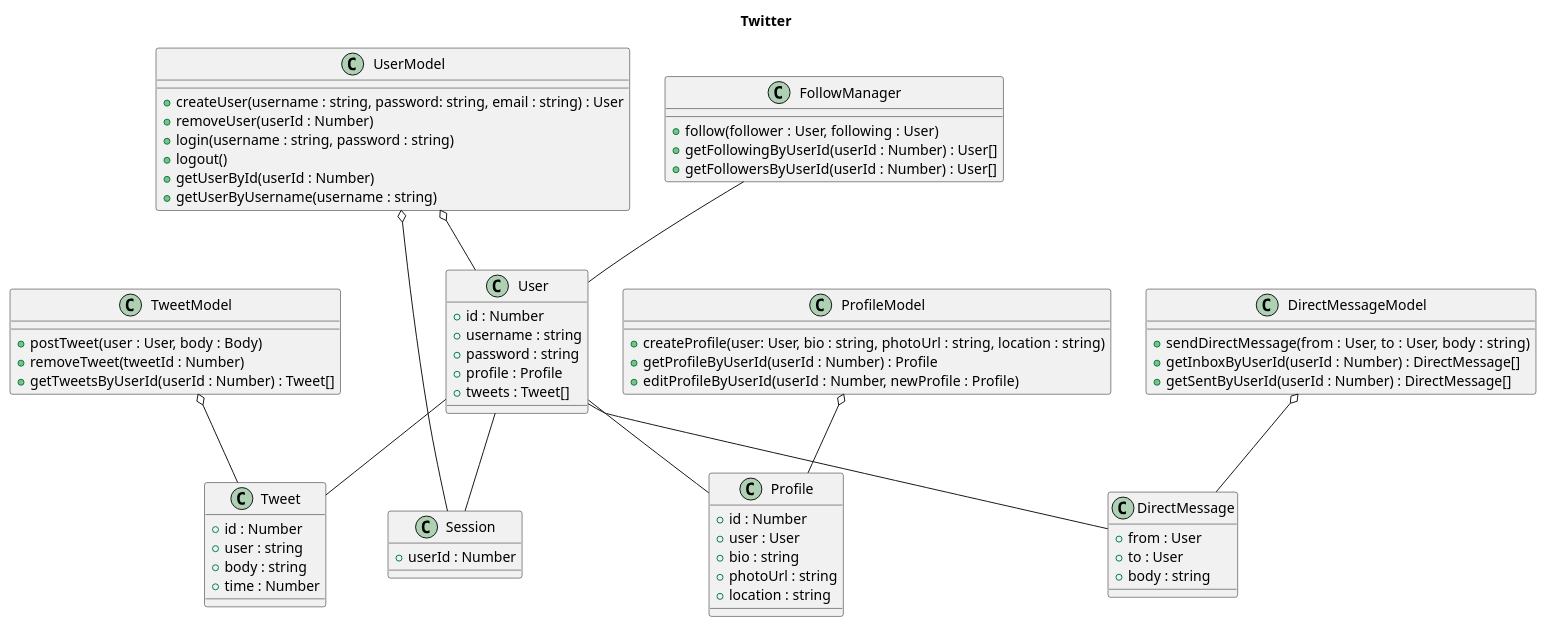
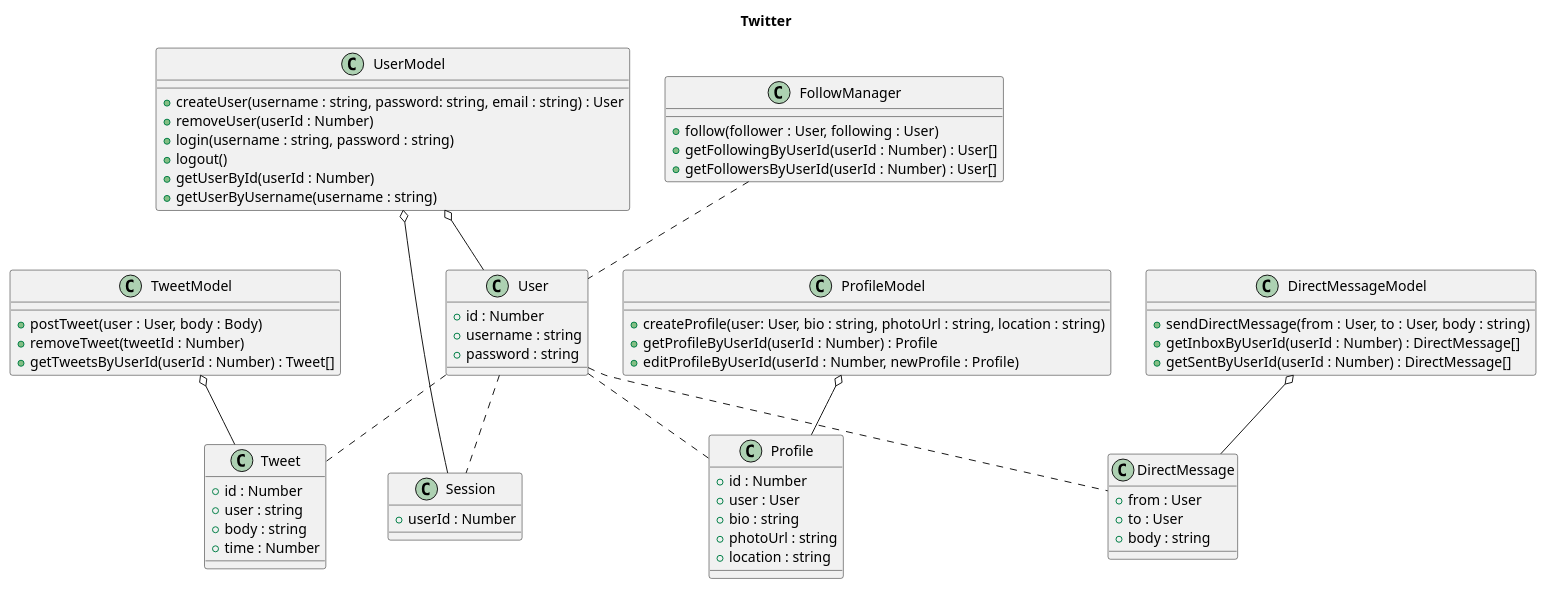
Before and after one commit to tart-summer-camp-2011/fe201: the diagram in model/classDiagram.plantuml, drawn with PlantUML. The commit also changed 1 other file, not shown here.

Commit message:
Updated class diagrams to feature a simpler architecture.

```diff
--- a/model/classDiagram.plantuml
+++ b/model/classDiagram.plantuml
@@ -1,80 +1,78 @@
 @startuml
 title Twitter
 
 class User {
 	+ id : Number
 	+ username : string
 	+ password : string
-	+ profile : Profile
-	+ tweets : Tweet[]
 }
 
 class Tweet {
 	+ id : Number
 	+ user : string
 	+ body : string
 	+ time : Number
 }
 
 class UserModel {
 	+ createUser(username : string, password: string, email : string) : User
 	+ removeUser(userId : Number)
 	+ login(username : string, password : string)
 	+ logout()
 	+ getUserById(userId : Number)
 	+ getUserByUsername(username : string)
 }
 
 class Session {
 	+ userId : Number
 }
 
 class FollowManager {
 	+ follow(follower : User, following : User)
 	+ getFollowingByUserId(userId : Number) : User[]
 	+ getFollowersByUserId(userId : Number) : User[]
 }
 
 class Profile {
 	+ id : Number
 	+ user : User
 	+ bio : string
 	+ photoUrl : string
 	+ location : string
 }
 
 class ProfileModel {
 	+ createProfile(user: User, bio : string, photoUrl : string, location : string)
 	+ getProfileByUserId(userId : Number) : Profile
 	+ editProfileByUserId(userId : Number, newProfile : Profile)
 }
 
 class TweetModel {
 	+ postTweet(user : User, body : Body)
 	+ removeTweet(tweetId : Number)
 	+ getTweetsByUserId(userId : Number) : Tweet[]
 }
 
 class DirectMessage {
 	+ from : User
 	+ to : User
 	+ body : string
 }
 
 class DirectMessageModel {
 	+ sendDirectMessage(from : User, to : User, body : string)
 	+ getInboxByUserId(userId : Number) : DirectMessage[]
 	+ getSentByUserId(userId : Number) : DirectMessage[]
 }
 
 UserModel o-- User
 UserModel o-- Session
 DirectMessageModel o-- DirectMessage
 ProfileModel o-- Profile
 TweetModel o-- Tweet
-User -- Session
-User -- Tweet
-User -- Profile
-User -- DirectMessage
-FollowManager -- User
+User .. Session
+User .. Tweet
+User .. Profile
+User .. DirectMessage
+FollowManager .. User
 @enduml
```
